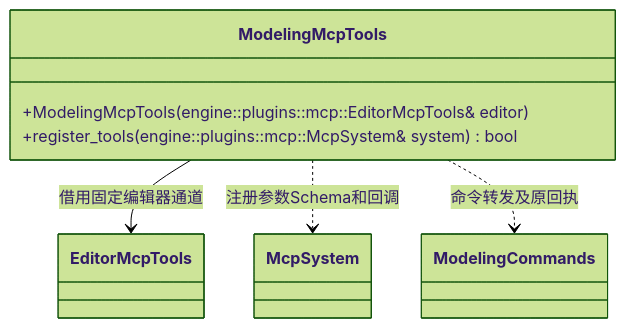
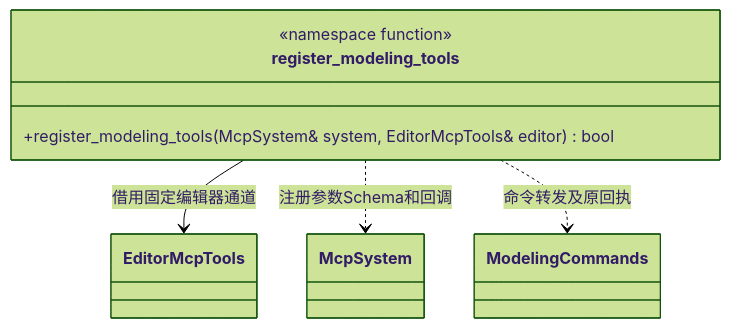
Before and after one commit to lcals/Engine: the diagram in docs/plugins/editor/class-diagrams/modeling-mcp-tools.md, drawn with Mermaid (forest theme). The commit also changed other lines of this file and 195 other files, not shown here.

````diff
--- a/docs/plugins/editor/class-diagrams/modeling-mcp-tools.md
+++ b/docs/plugins/editor/class-diagrams/modeling-mcp-tools.md
@@ -7,13 +7,13 @@
 ```mermaid
 classDiagram
-    class ModelingMcpTools {
-        +ModelingMcpTools(engine::plugins::mcp::EditorMcpTools& editor)
-        +register_tools(engine::plugins::mcp::McpSystem& system) bool
+    class register_modeling_tools {
+        <<namespace function>>
+        +register_modeling_tools(McpSystem& system, EditorMcpTools& editor) bool
     }
     class EditorMcpTools
     class McpSystem
     class ModelingCommands
-    ModelingMcpTools --> EditorMcpTools : 借用固定编辑器通道
-    ModelingMcpTools ..> McpSystem : 注册参数Schema和回调
-    ModelingMcpTools ..> ModelingCommands : 命令转发及原回执
+    register_modeling_tools --> EditorMcpTools : 借用固定编辑器通道
+    register_modeling_tools ..> McpSystem : 注册参数Schema和回调
+    register_modeling_tools ..> ModelingCommands : 命令转发及原回执
 ```
````
